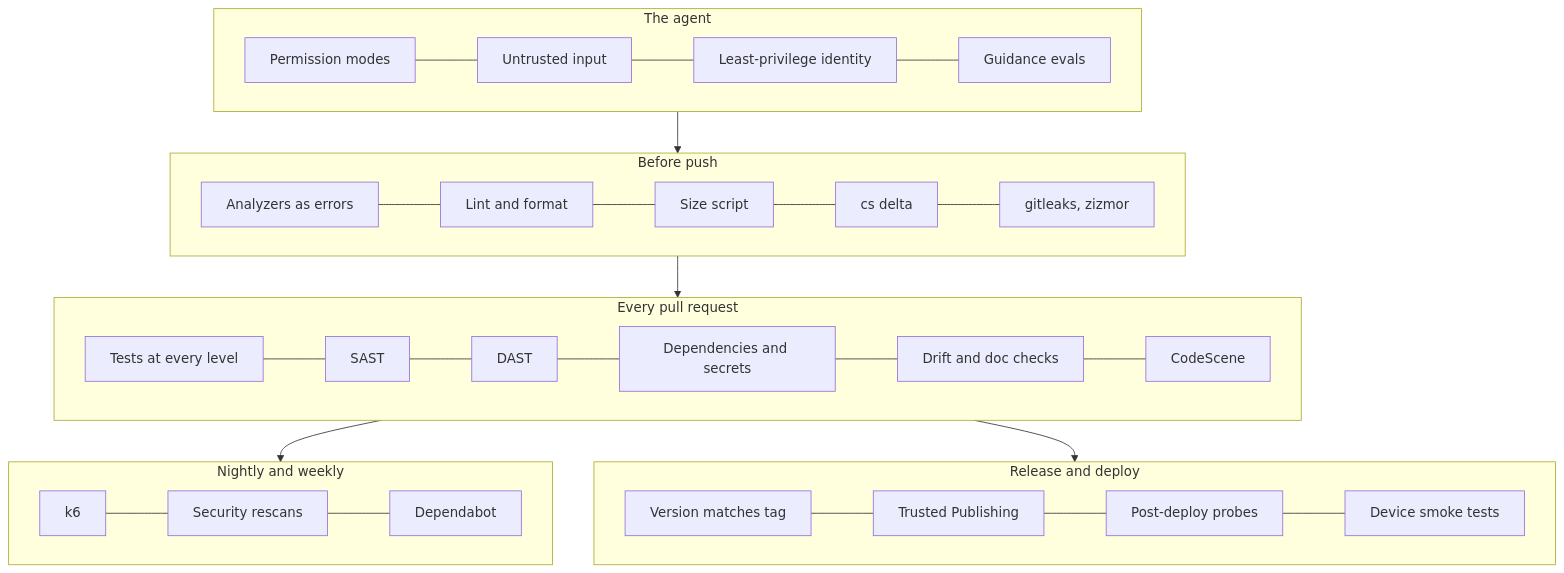
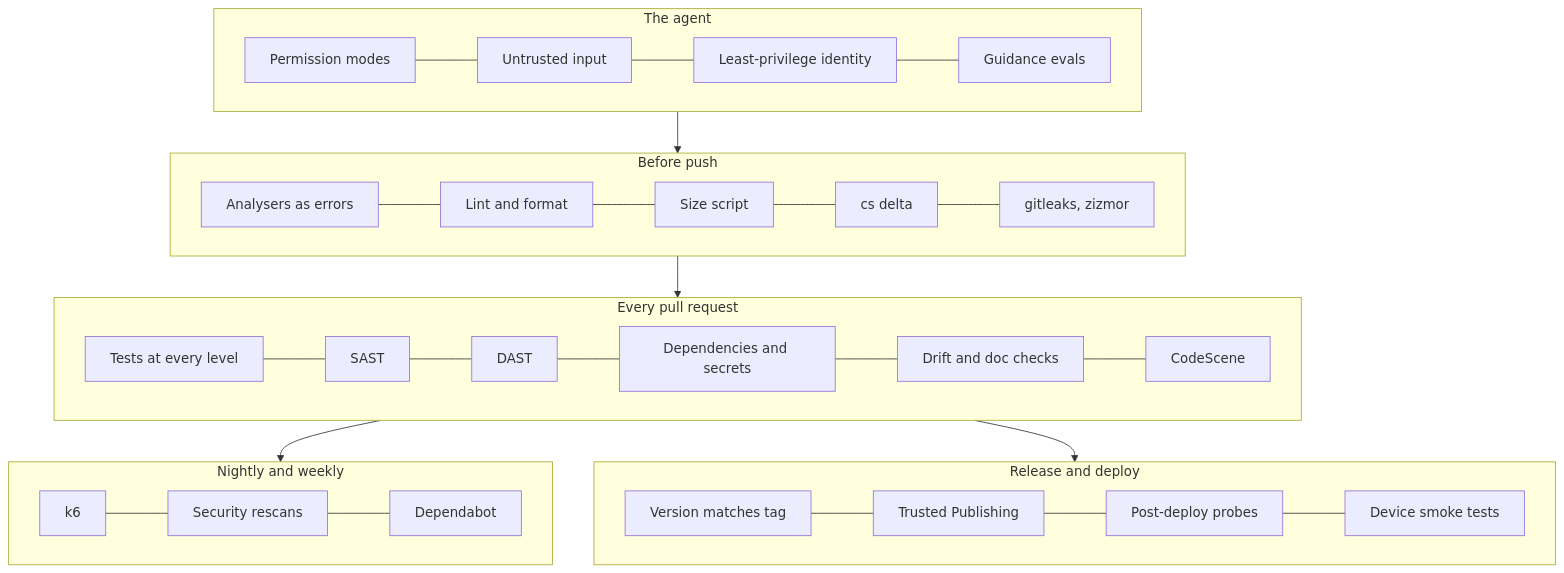
One commit to jonnymuir/engineering-standards changed the diagram in playbook/05-guardrails.md. Above: the diagram before and after it, drawn with Mermaid. The commit also changed other lines of this file and 15 other files, not shown here.

````diff
--- a/playbook/05-guardrails.md
+++ b/playbook/05-guardrails.md
@@ -30,20 +30,20 @@
 ```mermaid
 flowchart TB
   subgraph L0["The agent"]
     G1["Permission modes"] --- G2["Untrusted input"] --- G3["Least-privilege identity"] --- G4["Guidance evals"]
   end
   subgraph L1["Before push"]
-    A1["Analyzers as errors"] --- A2["Lint and format"] --- A3["Size script"] --- A4["cs delta"] --- A5["gitleaks, zizmor"]
+    A1["Analysers as errors"] --- A2["Lint and format"] --- A3["Size script"] --- A4["cs delta"] --- A5["gitleaks, zizmor"]
   end
   subgraph L2["Every pull request"]
     B1["Tests at every level"] --- B2["SAST"] --- B3["DAST"] --- B4["Dependencies and secrets"] --- B5["Drift and doc checks"] --- B6["CodeScene"]
   end
   subgraph L3["Nightly and weekly"]
     C1["k6"] --- C2["Security rescans"] --- C3["Dependabot"]
   end
   subgraph L4["Release and deploy"]
     D1["Version matches tag"] --- D2["Trusted Publishing"] --- D3["Post-deploy probes"] --- D4["Device smoke tests"]
   end
   L0 --> L1 --> L2 --> L3
   L2 --> L4
 ```
````
